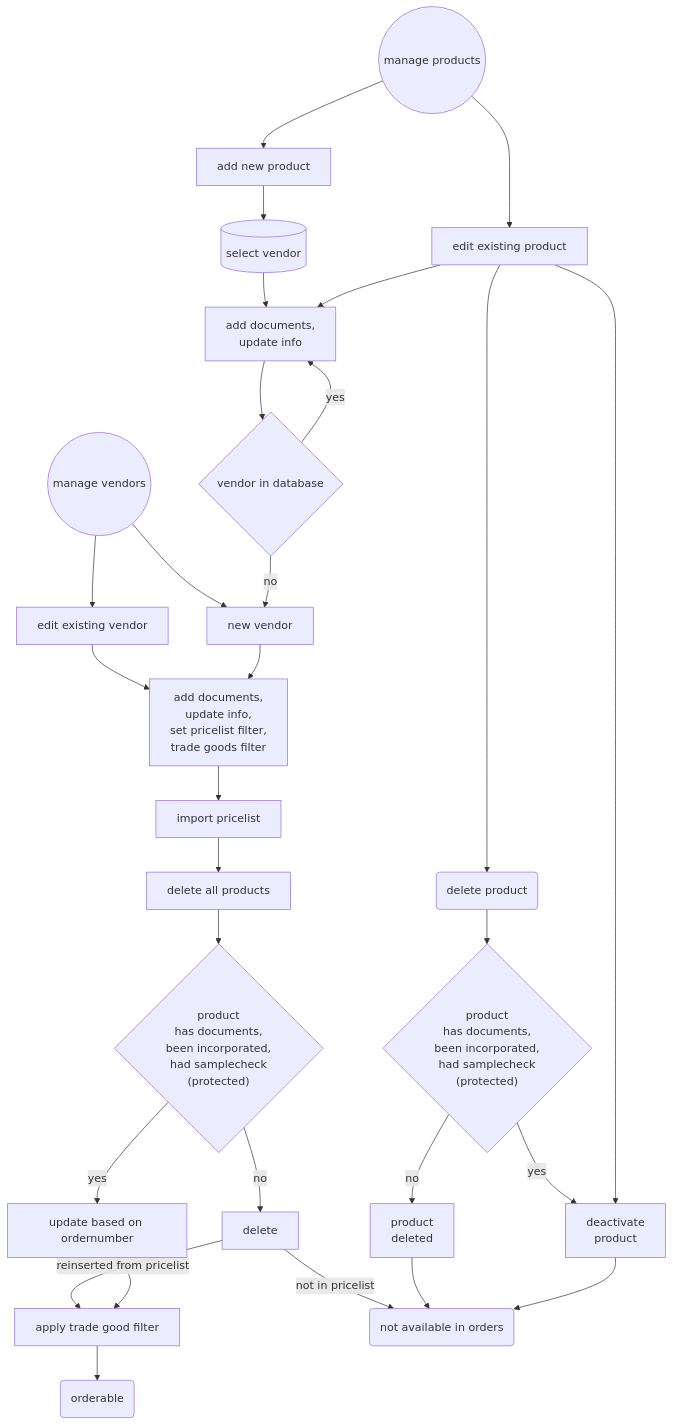
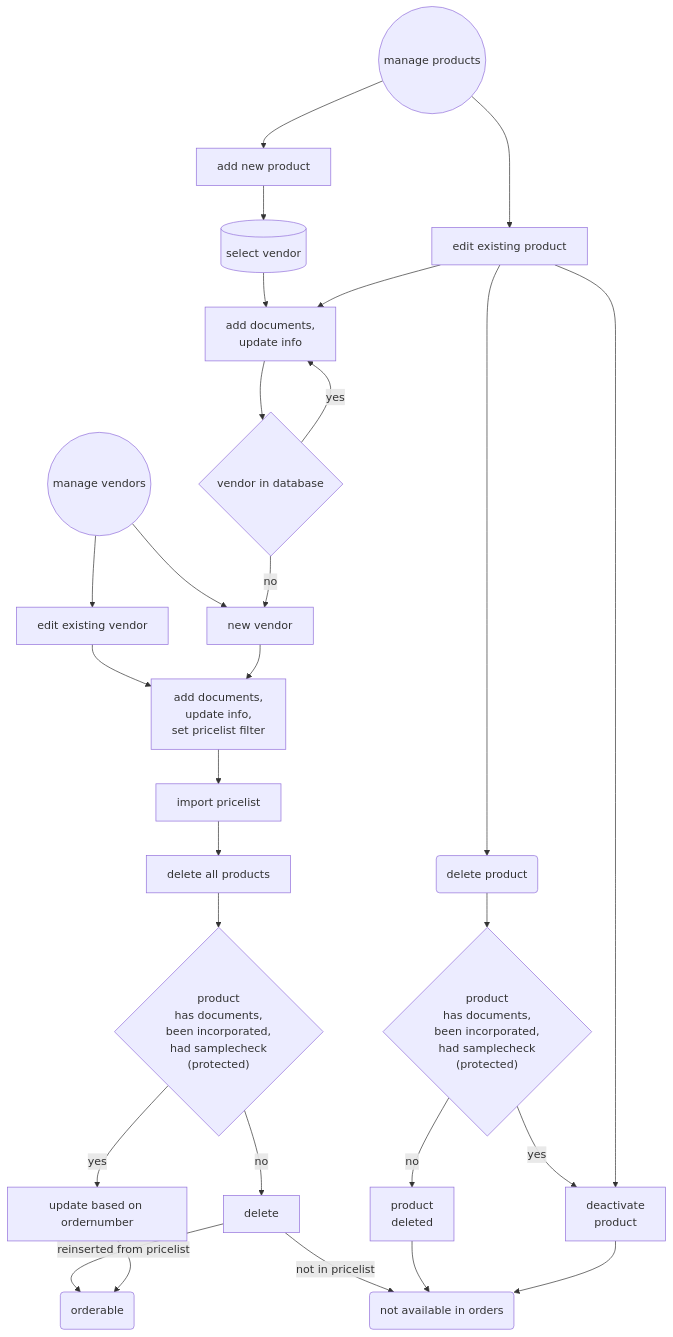
The sixth of 7 diagrams in readme.md (erroronline1/caro), drawn with Mermaid before and after one commit. The commit also changed other lines of this file and 3 other files, not shown here.

Commit message:
integrated trading_goods filter directly into pricelist import

````diff
--- a/readme.md
+++ b/readme.md
@@ -469,48 +466,46 @@
 ```mermaid
 graph TD;
     manage_vendors((manage vendors))-->edit_vendor[edit existing vendor];
     manage_vendors-->new_vendor[new vendor];
     edit_vendor-->add_vinfo["add documents,
     update info,
-    set pricelist filter,
-    trade goods filter"];
+    set pricelist filter"];
     new_vendor-->add_vinfo;
     add_vinfo-->import_pricelist[import pricelist];
     import_pricelist-->delete_all_products[delete all products];
     delete_all_products-->has_docs2{"product
     has documents,
     been incorporated,
     had samplecheck
     (protected)"};
     has_docs2-->|yes|update[update based on ordernumber];
     has_docs2-->|no|delete[delete];
-    delete-->|reinserted from pricelist|apply_trade[apply trade good filter];
-    apply_trade-->orderable(orderable);
+    delete-->|reinserted from pricelist|orderable(orderable);
     delete-->|not in pricelist|inorderable(not available in orders)
-    update-->apply_trade;
+    update-->orderable;
 
     manage_products((manage products))-->edit_product[edit existing product];
     manage_products-->add_product[add new product];
     add_product-->select_vendor[(select vendor)];
     select_vendor-->add_pinfo["Add documents,
     update info"];
     add_pinfo-->known_vendor;
 
     edit_product-->add_pinfo["add documents,
     update info"];
     known_vendor{vendor in database}-->|yes|add_pinfo;
     known_vendor-->|no|new_vendor
     edit_product-->delete_product(delete product);
     delete_product-->has_docs{"product
     has documents,
     been incorporated,
     had samplecheck
     (protected)"};
     has_docs-->|no|product_deleted["product
     deleted"];
     has_docs-->|yes|product_inactive["deactivate
     product"]
     product_deleted-->inorderable;
     product_inactive-->inorderable;
     edit_product-->product_inactive;
 ```
````
